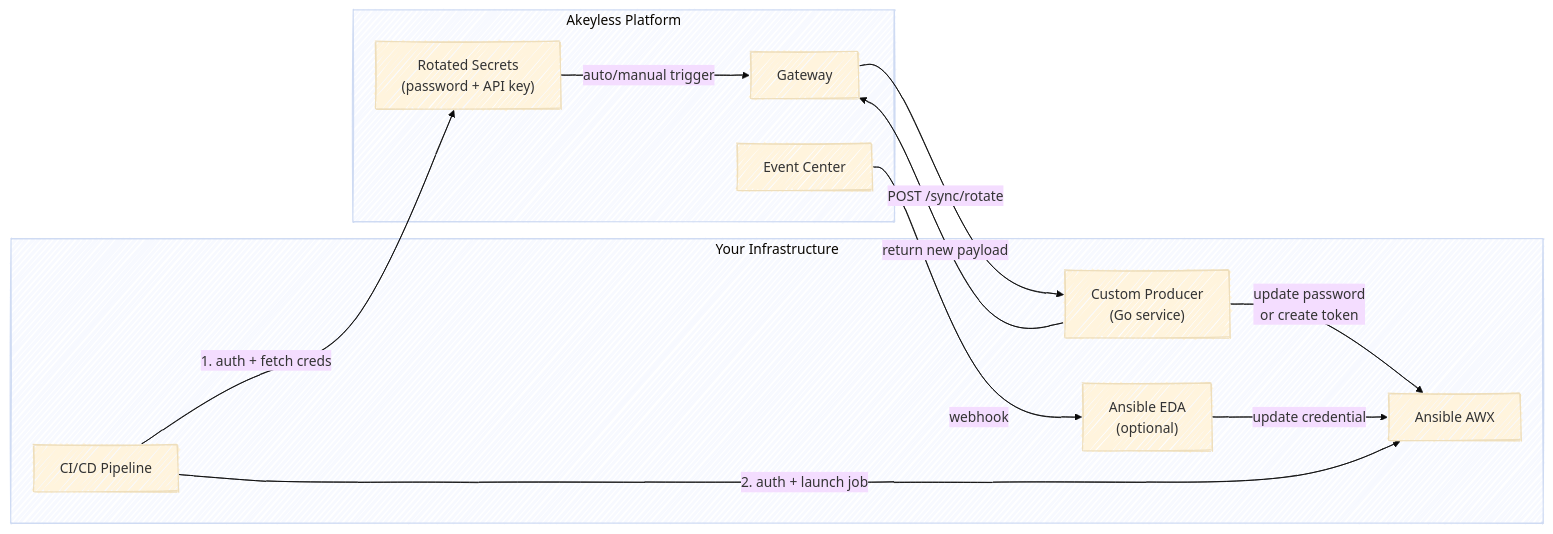
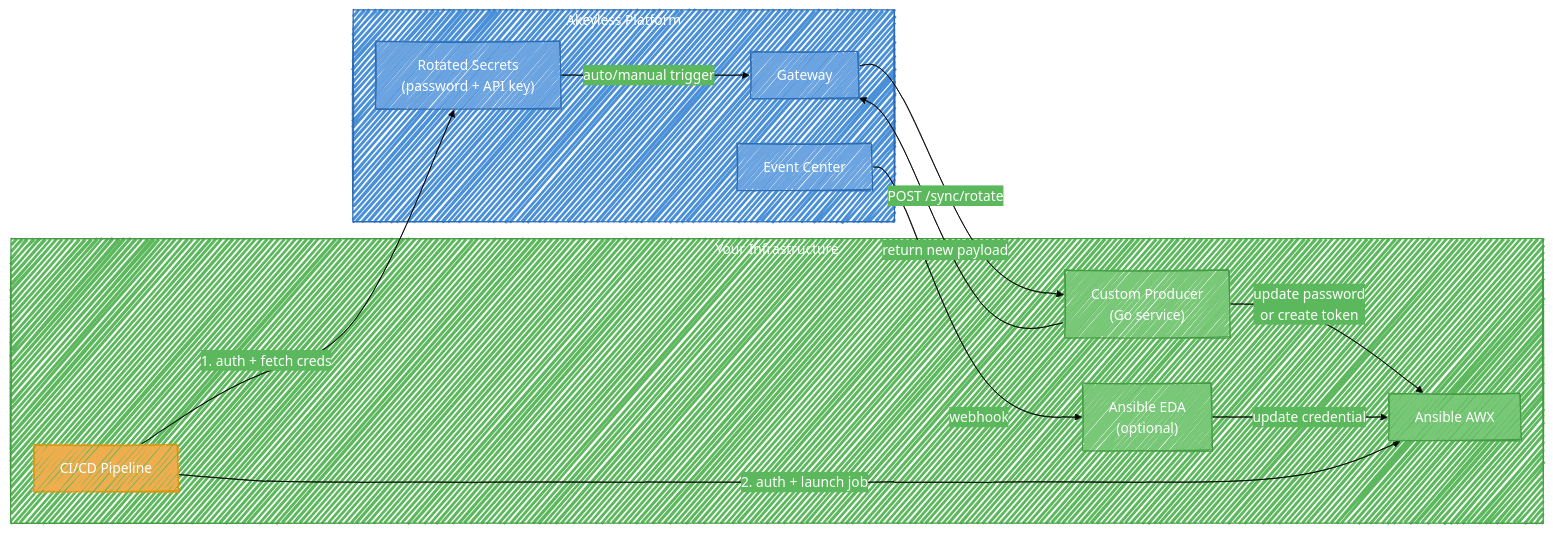
One commit to Fahmy-Kadiri-akl/ansible-credential-rotation changed the first of 3 diagrams in README.md. Above: the diagram before and after it, drawn with Mermaid. The commit also changed other lines of this file and 23 other files, not shown here.

````diff
--- a/README.md
+++ b/README.md
@@ -64,31 +64,51 @@
 ```mermaid
 ---
 config:
   look: handDrawn
   theme: base
+  themeVariables:
+    primaryColor: "#4A90D9"
+    primaryTextColor: "#fff"
+    primaryBorderColor: "#2D6CB4"
+    secondaryColor: "#5CB85C"
+    secondaryTextColor: "#fff"
+    secondaryBorderColor: "#449D44"
+    tertiaryColor: "#F0AD4E"
+    tertiaryTextColor: "#fff"
+    tertiaryBorderColor: "#D9960A"
 ---
 graph LR
     subgraph Akeyless["Akeyless Platform"]
         RS["Rotated Secrets<br/>(password + API key)"]
         GW["Gateway"]
         EC["Event Center"]
     end
 
     subgraph Infra["Your Infrastructure"]
         CP["Custom Producer<br/>(Go service)"]
         AWX["Ansible AWX"]
         EDA["Ansible EDA<br/>(optional)"]
         CICD["CI/CD Pipeline"]
     end
 
     RS -- "auto/manual trigger" --> GW
     GW -- "POST /sync/rotate" --> CP
     CP -- "update password<br/>or create token" --> AWX
     CP -- "return new payload" --> GW
 
     EC -- "webhook" --> EDA
     EDA -- "update credential" --> AWX
 
     CICD -- "1. auth + fetch creds" --> RS
     CICD -- "2. auth + launch job" --> AWX
+
+    style Akeyless fill:#4A90D9,stroke:#2D6CB4,color:#fff
+    style Infra fill:#5CB85C,stroke:#449D44,color:#fff
+    style RS fill:#6BA4E0,stroke:#2D6CB4,color:#fff
+    style GW fill:#6BA4E0,stroke:#2D6CB4,color:#fff
+    style EC fill:#6BA4E0,stroke:#2D6CB4,color:#fff
+    style CP fill:#78C878,stroke:#449D44,color:#fff
+    style AWX fill:#78C878,stroke:#449D44,color:#fff
+    style EDA fill:#78C878,stroke:#449D44,color:#fff
+    style CICD fill:#F0AD4E,stroke:#D9960A,color:#fff
 ```
````
